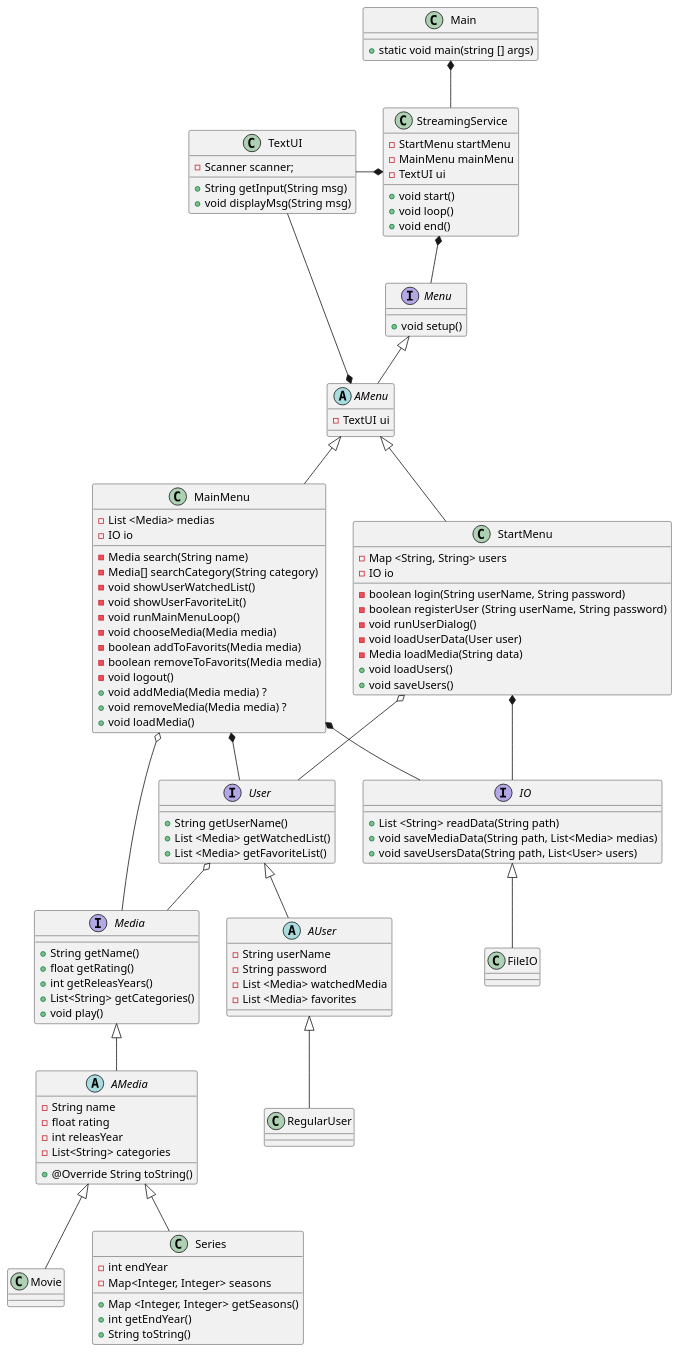
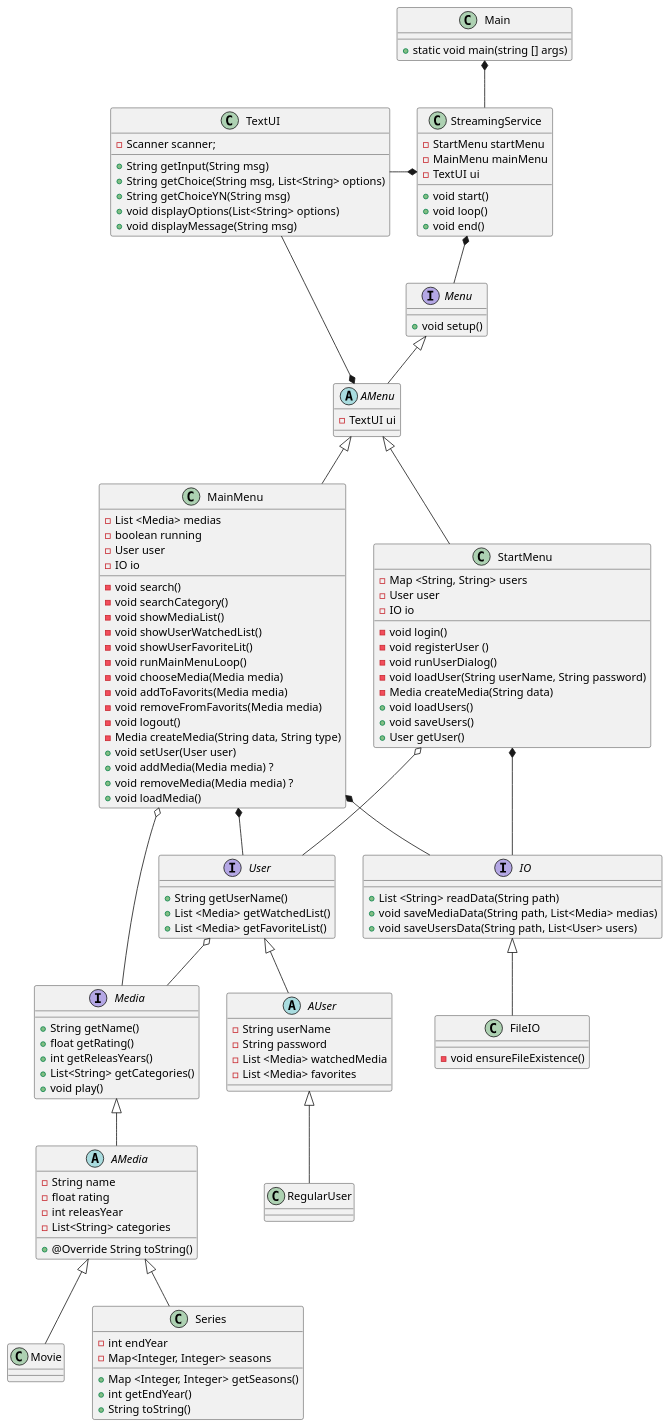
One commit to Shiihon/SP3_plus changed the diagram in doc/dynamic/sequence.puml. Above: the diagram before and after it, drawn with PlantUML.

Commit message:
Update class diagram

```diff
--- a/doc/dynamic/sequence.puml
+++ b/doc/dynamic/sequence.puml
@@ -1,132 +1,146 @@
 @startuml
 class Main
 class StreamingService
 interface Menu
 abstract class AMenu
 class StartMenu
 class MainMenu
 interface User
 abstract class AUser
 class RegularUser
 interface Media
 abstract class AMedia
 class Movie
 class Series
 interface IO
 class FileIO
 class TextUI
 
 Main *-- StreamingService
 StreamingService *-- Menu
 Menu <|-- AMenu
 AMenu <|-- StartMenu
 AMenu <|-- MainMenu
 AMenu *-- TextUI
 StartMenu *-- IO
 MainMenu *-- IO
 IO <|-- FileIO
 StartMenu o-- User
 MainMenu *-- User
 User <|-- AUser
 AUser <|-- RegularUser
 MainMenu o-- Media
 User o-- Media
 Media <|-- AMedia
 AMedia <|-- Movie
 AMedia <|-- Series
 
 
 Main : + static void main(string [] args)
 
 
 StreamingService : - StartMenu startMenu
 StreamingService : - MainMenu mainMenu
 StreamingService : - TextUI ui
 
 StreamingService : + void start()
 StreamingService : + void loop()
 StreamingService : + void end()
 
 
 StreamingService *-l- TextUI
 
 
 Menu : + void setup()
 
 
 AMenu : - TextUI ui
 
 
 StartMenu : - Map <String, String> users
+StartMenu : - User user
 StartMenu : - IO io
 
-StartMenu : - boolean login(String userName, String password)
-StartMenu : - boolean registerUser (String userName, String password)
+StartMenu : - void login()
+StartMenu : - void registerUser ()
 StartMenu : - void runUserDialog()
-StartMenu : - void loadUserData(User user)
-StartMenu : - Media loadMedia(String data)
+StartMenu : - void loadUser(String userName, String password)
+StartMenu : - Media createMedia(String data)
 StartMenu : + void loadUsers()
 StartMenu : + void saveUsers()
+StartMenu : + User getUser()
 
 
 MainMenu : - List <Media> medias
+MainMenu : - boolean running
+MainMenu : - User user
 MainMenu : - IO io
 
-MainMenu : - Media search(String name)
-MainMenu : - Media[] searchCategory(String category)
+MainMenu : - void search()
+MainMenu : - void searchCategory()
+MainMenu : - void showMediaList()
 MainMenu : - void showUserWatchedList()
 MainMenu : - void showUserFavoriteLit()
 MainMenu : - void runMainMenuLoop()
 MainMenu : - void chooseMedia(Media media)
-MainMenu : - boolean addToFavorits(Media media)
-MainMenu : - boolean removeToFavorits(Media media)
+MainMenu : - void addToFavorits(Media media)
+MainMenu : - void removeFromFavorits(Media media)
 MainMenu : - void logout()
+MainMenu : - Media createMedia(String data, String type)
+MainMenu : + void setUser(User user)
 MainMenu : + void addMedia(Media media) ?
 MainMenu : + void removeMedia(Media media) ?
 MainMenu : + void loadMedia()
 
 
 User : + String getUserName()
 User : + List <Media> getWatchedList()
 User : + List <Media> getFavoriteList()
 
 
 AUser : - String userName
 AUser : - String password
 AUser : - List <Media> watchedMedia
 AUser : - List <Media> favorites
 
 
 Media : + String getName()
 Media : + float getRating()
 Media : + int getReleasYears()
 Media : + List<String> getCategories()
 Media : + void play()
 
 
 AMedia : - String name
 AMedia : - float rating
 AMedia : - int releasYear
 AMedia : - List<String> categories
 
 AMedia : + @Override String toString()
 
 
 Series : - int endYear
 Series : - Map<Integer, Integer> seasons
 Series : + Map <Integer, Integer> getSeasons()
 
 Series : + int getEndYear()
 Series : + String toString()
 
 
 IO : + List <String> readData(String path)
 IO : + void saveMediaData(String path, List<Media> medias)
 IO : + void saveUsersData(String path, List<User> users)
 
+
+FileIO : - void ensureFileExistence()
+
+
 TextUI : - Scanner scanner;
 
 TextUI : + String getInput(String msg)
-TextUI : + void displayMsg(String msg)
+TextUI : + String getChoice(String msg, List<String> options)
+TextUI : + String getChoiceYN(String msg)
+TextUI : + void displayOptions(List<String> options)
+TextUI : + void displayMessage(String msg)
 
 @enduml
```
